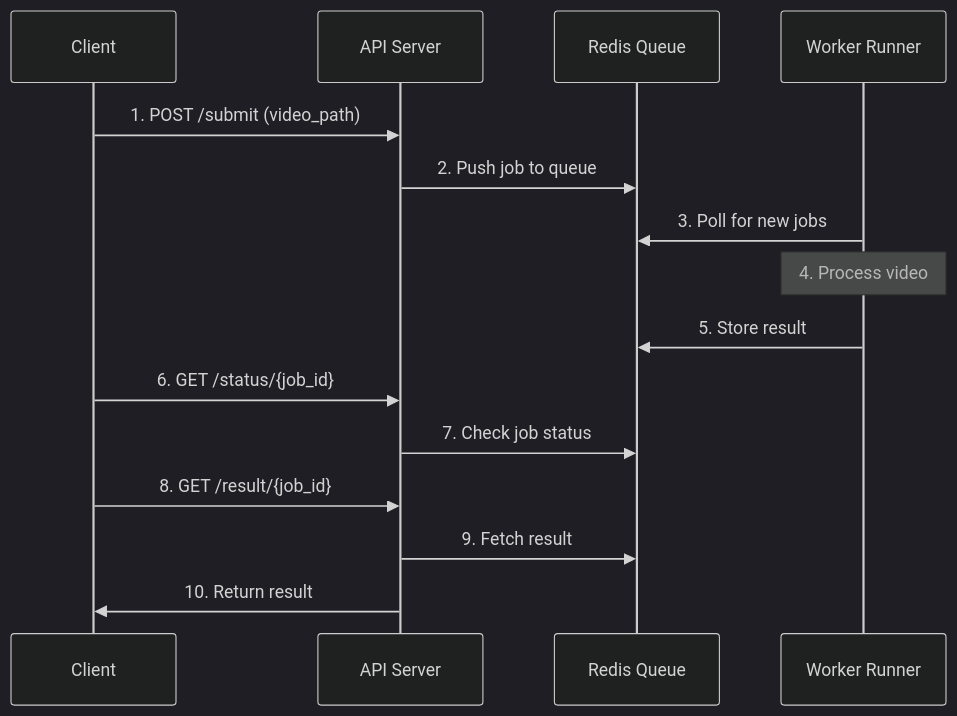
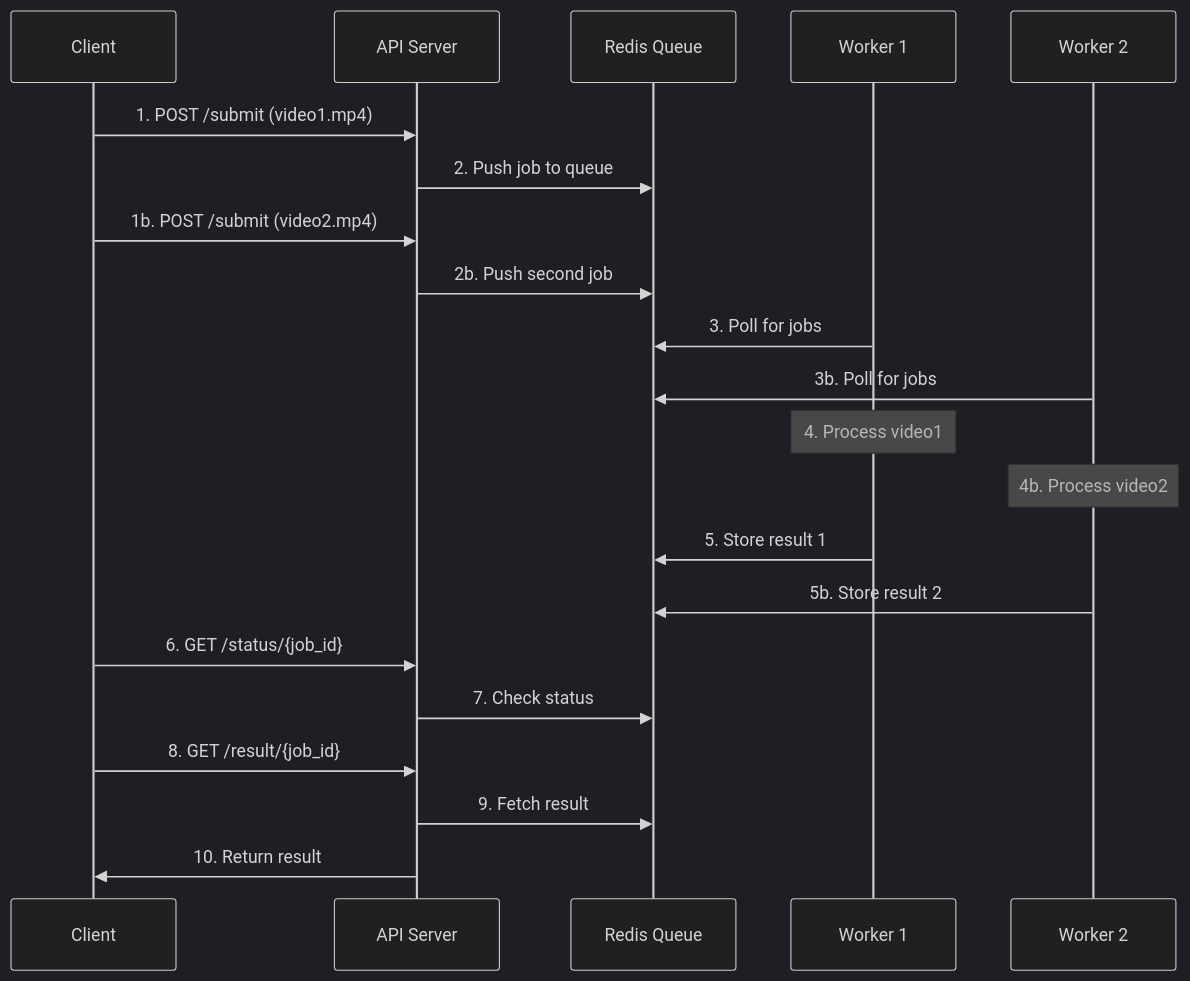
The diagram in README.md (MakerDZ/basic-distributed), drawn with Mermaid (dark theme) before and after one commit. The commit also changed other lines of this file and 1 other file, not shown here.

Commit message:
feat(worker): updated worker for working in parallel

````diff
--- a/README.md
+++ b/README.md
@@ -48,18 +60,26 @@
 ```mermaid
 sequenceDiagram
     participant C as Client
     participant A as API Server
     participant R as Redis Queue
-    participant W as Worker Runner
+    participant W1 as Worker 1
+    participant W2 as Worker 2
 
-    C->>A: 1. POST /submit (video_path)
+    C->>A: 1. POST /submit (video1.mp4)
     A->>R: 2. Push job to queue
-    W->>R: 3. Poll for new jobs
-    Note over W: 4. Process video
-    W->>R: 5. Store result
+    C->>A: 1b. POST /submit (video2.mp4)
+    A->>R: 2b. Push second job
+    
+    W1->>R: 3. Poll for jobs
+    W2->>R: 3b. Poll for jobs
+    Note over W1: 4. Process video1
+    Note over W2: 4b. Process video2
+    W1->>R: 5. Store result 1
+    W2->>R: 5b. Store result 2
+    
     C->>A: 6. GET /status/{job_id}
-    A->>R: 7. Check job status
+    A->>R: 7. Check status
     C->>A: 8. GET /result/{job_id}
     A->>R: 9. Fetch result
     A->>C: 10. Return result
 ```
````
